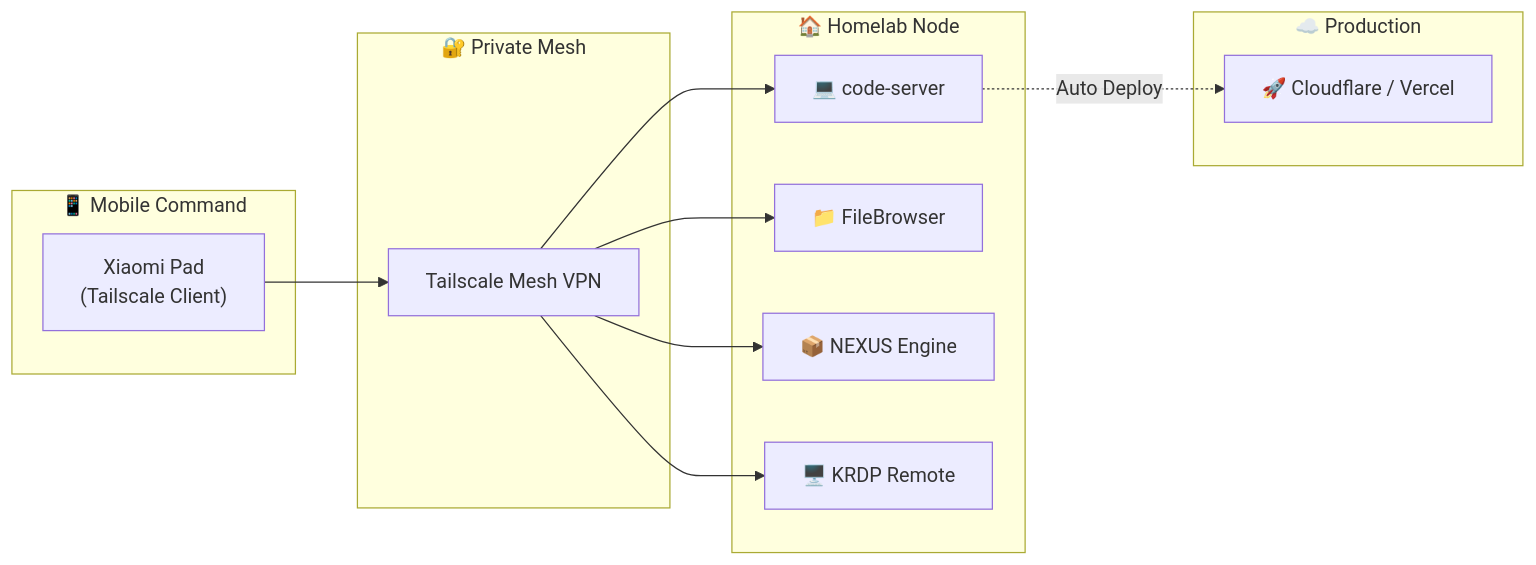
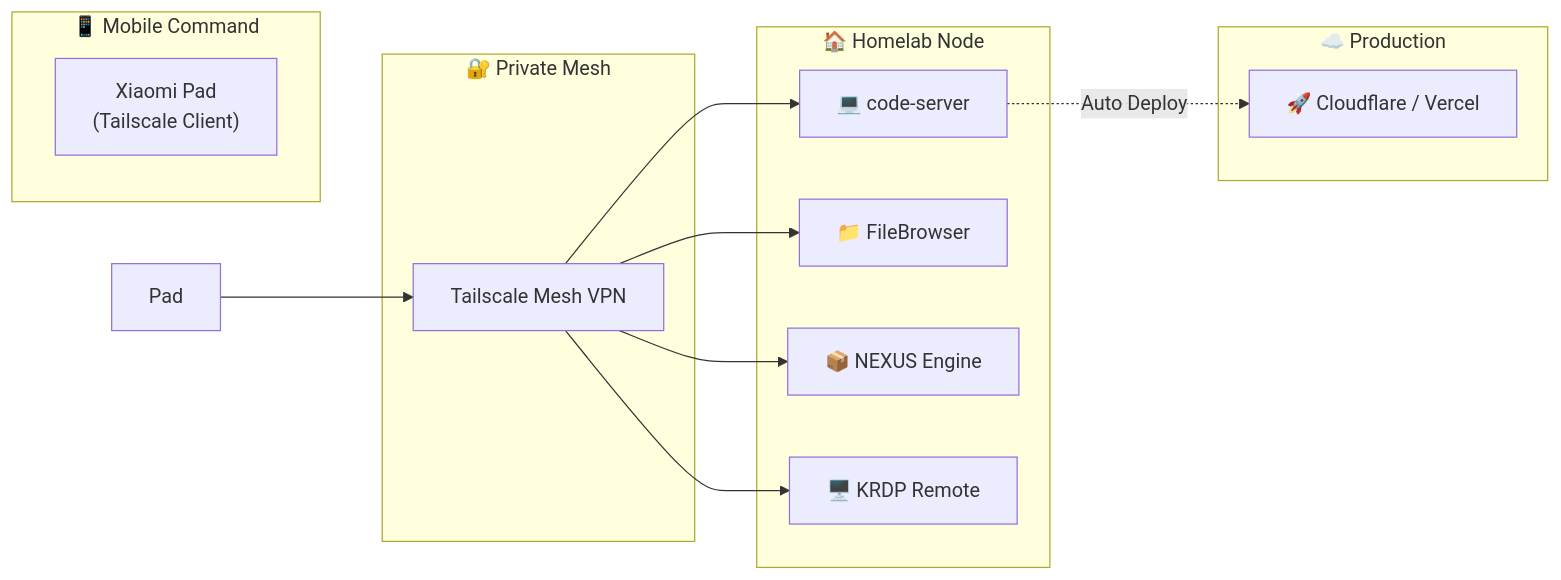
One commit to FarrelApriandry/FarrelApriandry changed the diagram in README.md. Above: the diagram before and after it, drawn with Mermaid. The commit also changed other lines of this file, not shown here.

````diff
--- a/README.md
+++ b/README.md
@@ -128,25 +131,25 @@
 ```mermaid
 flowchart LR
     subgraph Client["📱 Mobile Command"]
-        Pad["Xiaomi Pad<br/>(Tailscale Client)"]
+        Mobile["Xiaomi Pad<br/>(Tailscale Client)"]
     end
 
     subgraph Network["🔐 Private Mesh"]
         TS["Tailscale Mesh VPN"]
     end
 
     subgraph Infra["🏠 Homelab Node"]
         CS["💻 code-server"]
         FB["📁 FileBrowser"]
         NX["📦 NEXUS Engine"]
         KR["🖥️ KRDP Remote"]
     end
 
     subgraph Deploy["☁️ Production"]
         PROD["🚀 Cloudflare / Vercel"]
     end
 
     Pad --> TS
     TS --> CS & FB & NX & KR
     CS -. Auto Deploy .-> PROD
 ```
````
